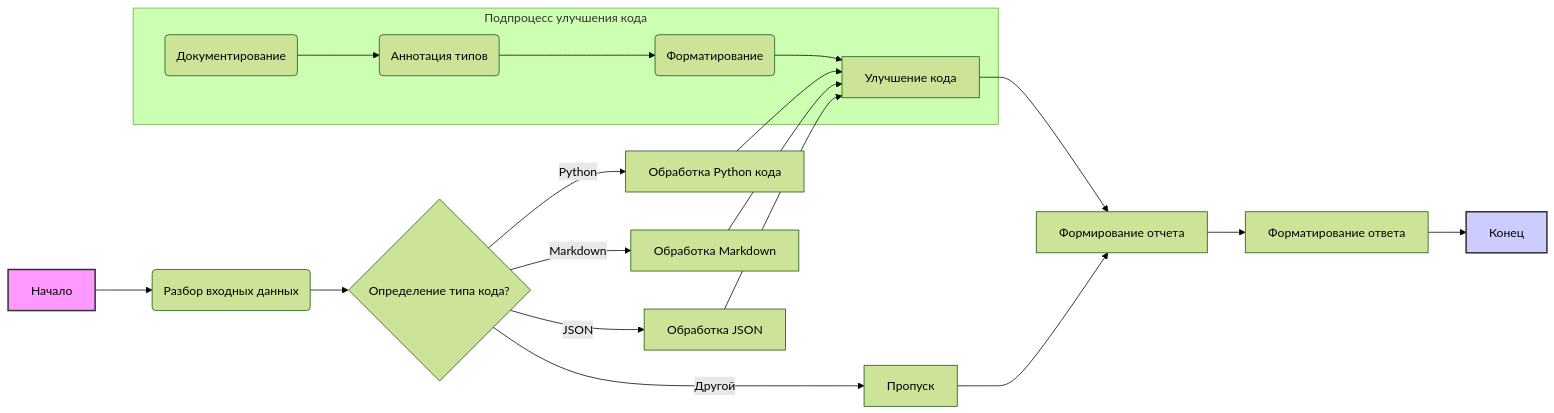
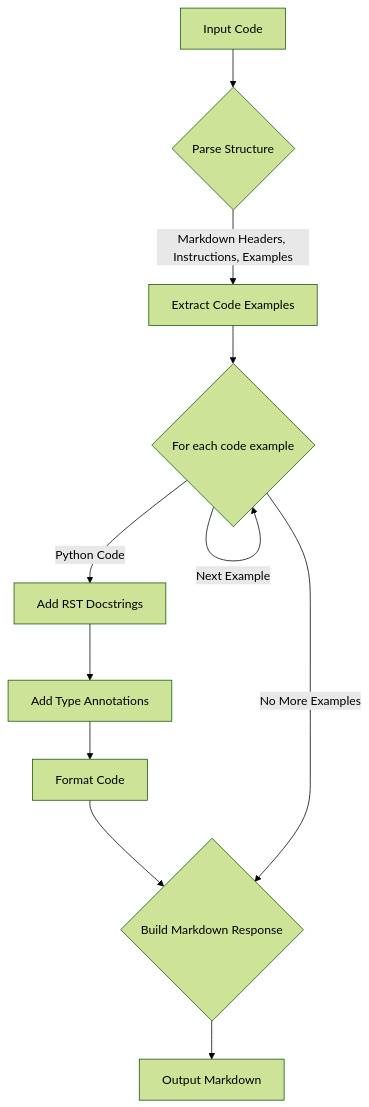
Before and after one commit to hypo69/hypo: the diagram in docs/gemini/ru/explainer/src/ai/prompts/developer/comments_improver_en.md.md, drawn with Mermaid (forest theme). The commit also changed other lines of this file and 2445 other files, not shown here.

Commit message:
Code formatted to rst

````diff
--- a/docs/gemini/ru/explainer/src/ai/prompts/developer/comments_improver_en.md.md
+++ b/docs/gemini/ru/explainer/src/ai/prompts/developer/comments_improver_en.md.md
@@ -51,25 +50,13 @@
 ```mermaid
-graph LR
-    A[Начало] --> B(Разбор входных данных);
-    B --> C{Определение типа кода?};
-    C -- Python --> D[Обработка Python кода];
-    C -- Markdown --> E[Обработка Markdown];
-    C -- JSON --> F[Обработка JSON];
-    C -- Другой --> G[Пропуск];
-    D --> H[Улучшение кода];
-    E --> H;
-    F --> H;
-    H --> I[Формирование отчета];
-     G --> I;
-    I --> J[Форматирование ответа];
-    J --> K[Конец];
-    
-    subgraph "Подпроцесс улучшения кода"
-    H1(Документирование) --> H2(Аннотация типов);
-    H2 --> H3(Форматирование);
-    H3 --> H;
-    end
-    
-    style A fill:#f9f,stroke:#333,stroke-width:2px
-    style K fill:#ccf,stroke:#333,stroke-width:2px
+flowchart TD
+    A[Input Code] --> B{Parse Structure};
+    B -- "Markdown Headers, Instructions, Examples" --> C[Extract Code Examples];
+    C --> D{For each code example};
+    D -- "Python Code" --> E[Add RST Docstrings];
+    E --> F[Add Type Annotations];
+    F --> G[Format Code];
+    G --> H{Build Markdown Response};
+    H --> I[Output Markdown];
+    D -- "Next Example" --> D
+    D -- "No More Examples" --> H
 ```
````
